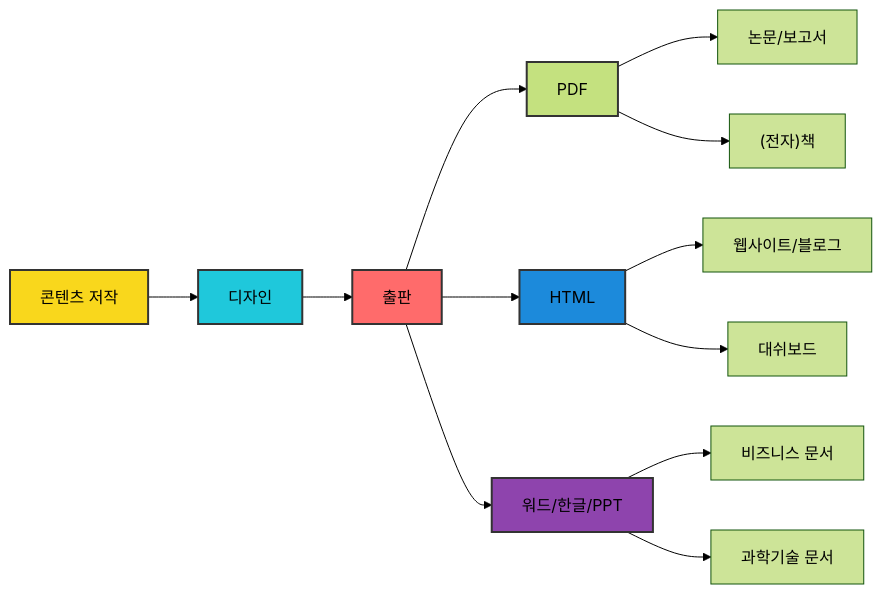
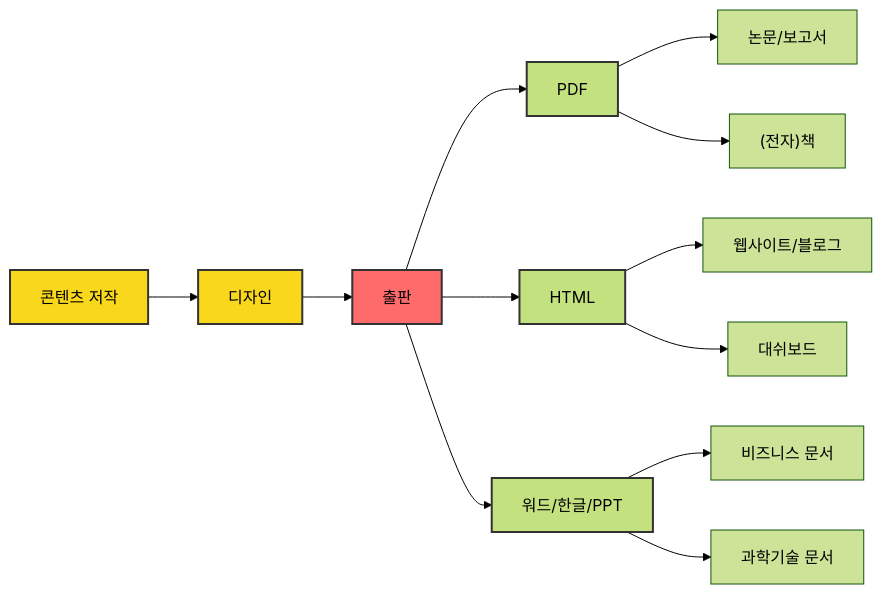
Before and after one commit to bit2r/gpt-quarto: the diagram in setup_quarto.qmd, drawn with Mermaid (forest theme). The commit also changed other lines of this file and 23 other files, not shown here.

````diff
--- a/setup_quarto.qmd
+++ b/setup_quarto.qmd
@@ -44,29 +47,29 @@
 ```{mermaid}
 graph LR;
     style A fill:#f9d71c,stroke:#333,stroke-width:2px;
-    style B fill:#1fc8db,stroke:#333,stroke-width:2px;
+    style B fill:#f9d71c,stroke:#333,stroke-width:2px;
     style C fill:#ff6b6b,stroke:#333,stroke-width:2px;
     style J fill:#c4e17f,stroke:#333,stroke-width:2px;
-    style K fill:#1c8adb,stroke:#333,stroke-width:2px;
-    style L fill:#8e44ad,stroke:#333,stroke-width:2px;
+    style K fill:#c4e17f,stroke:#333,stroke-width:2px;
+    style L fill:#c4e17f,stroke:#333,stroke-width:2px;
 
     classDef officeStyle fill:#f9d71c,stroke:#333,stroke-width:2px;
-    class L,AA,AB officeStyle;
+    class AA,AB officeStyle;
 
     A[콘텐츠 저작] --> B[디자인]
     B --> C[출판]
     
     C --> J[PDF]
     C --> K[HTML]
     C --> L[워드/한글/PPT]
   
    
     J --> W[논문/보고서]
     J --> X["(전자)책"]
     
     K --> Y[웹사이트/블로그]
     K --> Z[대쉬보드]
     
     L --> AA[비즈니스 문서]
     L --> AB[과학기술 문서]
 ```
````
